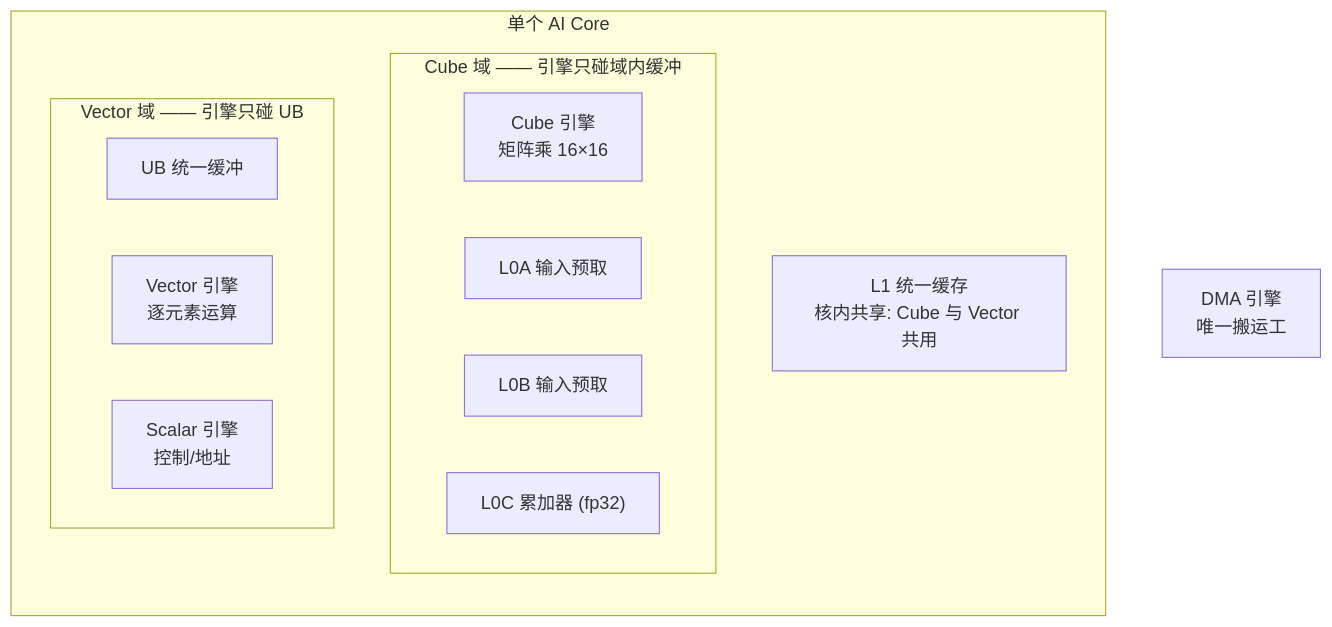
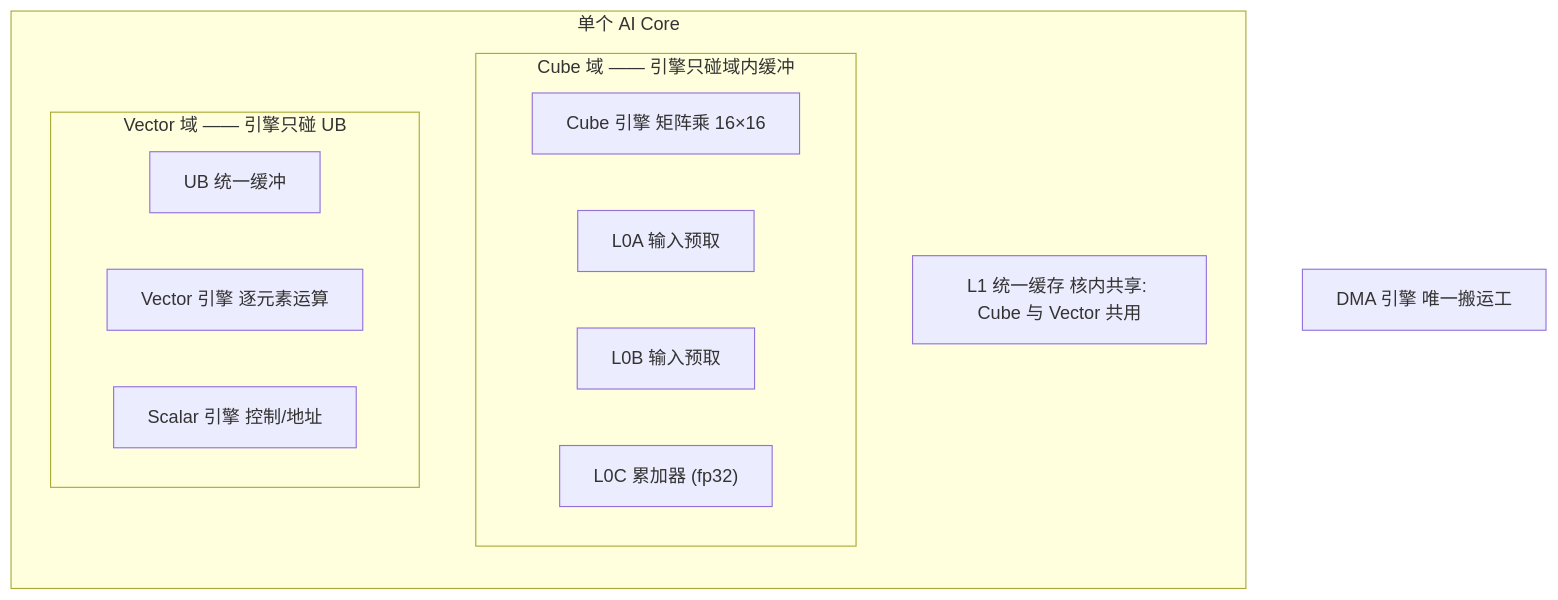
The first of 3 diagrams in docs/pages/hardware/01-ai-core-overview.md (SuccinctPaul/Ascend-Notes), drawn with Mermaid before and after one commit. The commit also changed other lines of this file and 8 other files, not shown here.

````diff
--- a/docs/pages/hardware/01-ai-core-overview.md
+++ b/docs/pages/hardware/01-ai-core-overview.md
@@ -89,19 +89,19 @@
 ```mermaid
 flowchart TB
     subgraph CORE["单个 AI Core"]
         direction TB
-        L1_["L1 统一缓存<br/>核内共享: Cube 与 Vector 共用"]
+        L1_["L1 统一缓存 核内共享: Cube 与 Vector 共用"]
         subgraph CUBEDOM["Cube 域 —— 引擎只碰域内缓冲"]
-            CUBE["Cube 引擎<br/>矩阵乘 16×16"]
+            CUBE["Cube 引擎 矩阵乘 16×16"]
             L0A_["L0A 输入预取"]
             L0B_["L0B 输入预取"]
             L0C_["L0C 累加器 (fp32)"]
         end
         subgraph VECDOM["Vector 域 —— 引擎只碰 UB"]
             UB_["UB 统一缓冲"]
-            VEC_["Vector 引擎<br/>逐元素运算"]
-            SCA_["Scalar 引擎<br/>控制/地址"]
+            VEC_["Vector 引擎 逐元素运算"]
+            SCA_["Scalar 引擎 控制/地址"]
         end
     end
-    DMA["DMA 引擎<br/>唯一搬运工"]
+    DMA["DMA 引擎 唯一搬运工"]
 ```
````
